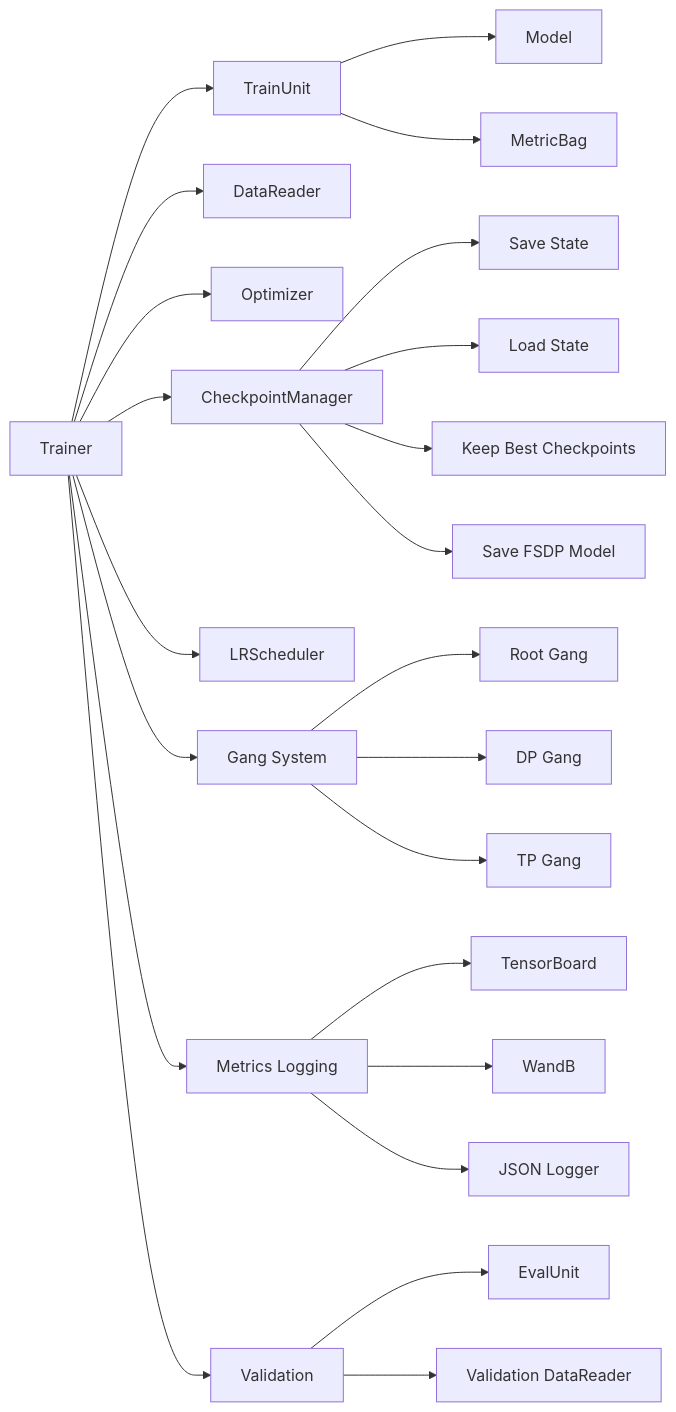
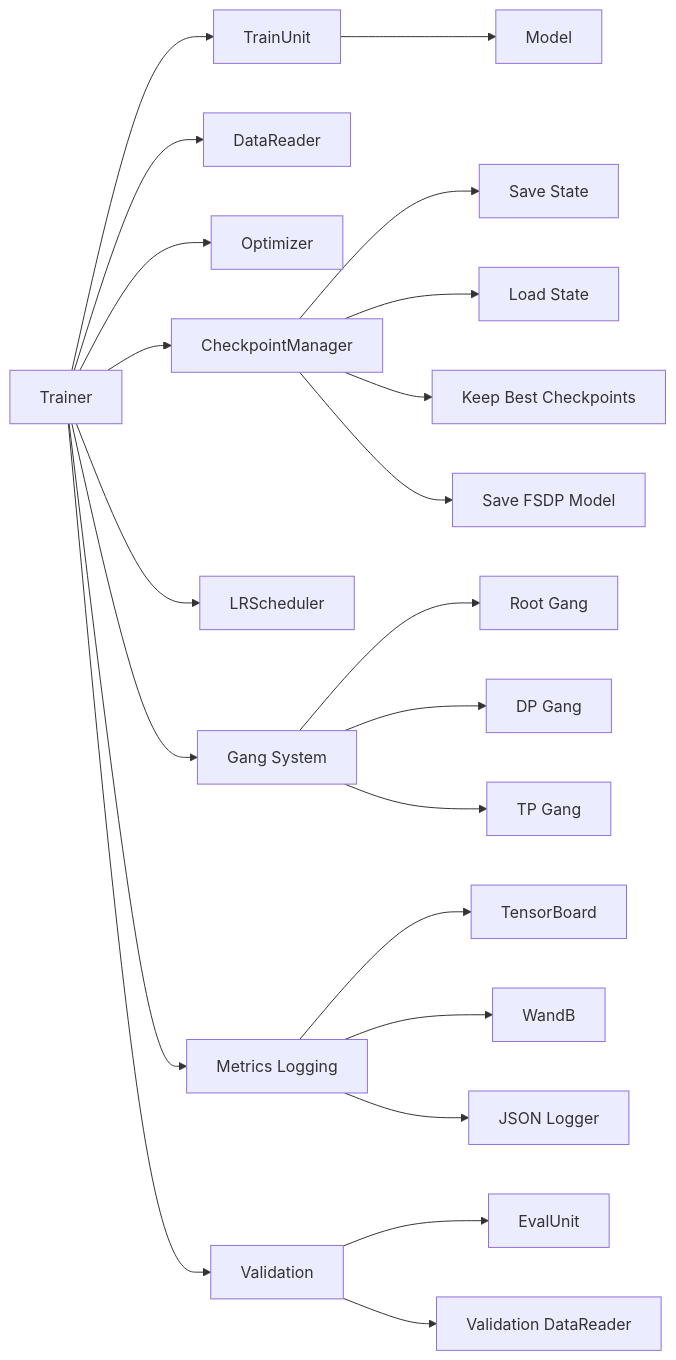
One commit to facebookresearch/fairseq2 changed the first of 2 diagrams in doc/source/basics/trainer.rst. Above: the diagram before and after it, drawn with Mermaid. The commit also changed other lines of this file and 2 other files, not shown here.

```diff
--- a/doc/source/basics/trainer.rst
+++ b/doc/source/basics/trainer.rst
@@ -14,36 +14,35 @@
 .. mermaid::
 
     flowchart LR
         %% Main Trainer Class
         A[Trainer] --> B[TrainUnit]
         A --> C[DataReader]
         A --> D[Optimizer]
         A --> E[CheckpointManager]
         A --> H[LRScheduler]
         A --> I[Gang System]
         A --> P[Metrics Logging]
         A --> V[Validation]
 
         %% TrainUnit Components
         B --> F[Model]
-        B --> G[MetricBag]
 
         %% Gang System
         I --> J[Root Gang]
         I --> K[DP Gang]
         I --> L[TP Gang]
 
         %% Metrics Logging
         P --> P1[TensorBoard]
         P --> P2[WandB]
         P --> P3[JSON Logger]
         
         %% Validation
         V --> Q[EvalUnit]
         V --> R[Validation DataReader]
         
         %% CheckpointManager Details
         E --> E1[Save State]
         E --> E2[Load State]
         E --> E3[Keep Best Checkpoints]
         E --> E4[Save FSDP Model]
```
